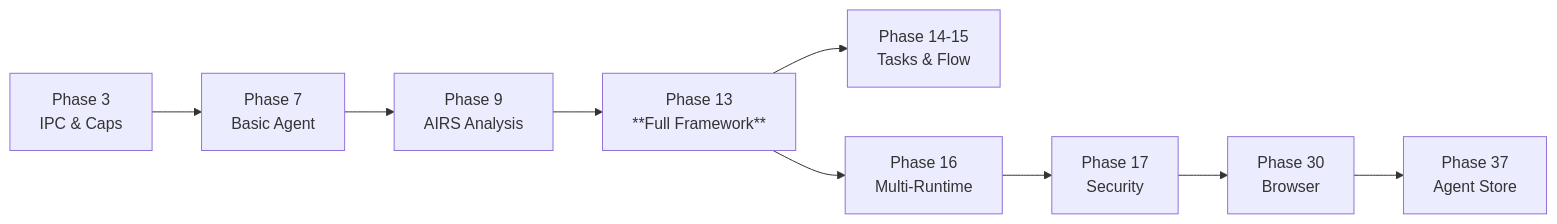
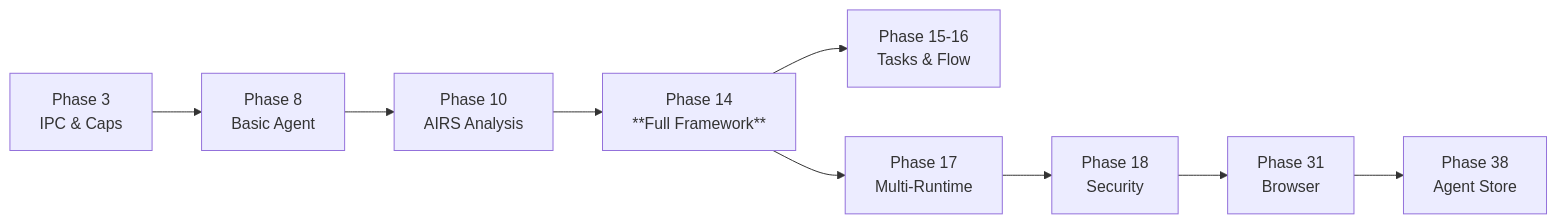
One commit to juslee/aios changed the second of 2 diagrams in docs/applications/agents.md. Above: the diagram before and after it, drawn with Mermaid. The commit also changed other lines of this file and 135 other files, not shown here.

First line of the commit message:
Renumber Phase 5→6 through Phase 46→47 across architecture docs

````diff
--- a/docs/applications/agents.md
+++ b/docs/applications/agents.md
@@ -175,20 +175,20 @@
 ```mermaid
 flowchart LR
     P3["Phase 3
-    IPC & Caps"] --> P7["Phase 7
+    IPC & Caps"] --> P7["Phase 8
     Basic Agent"]
-    P7 --> P9["Phase 9
+    P7 --> P9["Phase 10
     AIRS Analysis"]
-    P9 --> P13["Phase 13
+    P9 --> P13["Phase 14
     **Full Framework**"]
-    P13 --> P14["Phase 14-15
+    P13 --> P14["Phase 15-16
     Tasks & Flow"]
-    P13 --> P16["Phase 16
+    P13 --> P16["Phase 17
     Multi-Runtime"]
-    P16 --> P17["Phase 17
+    P16 --> P17["Phase 18
     Security"]
-    P17 --> P30["Phase 30
+    P17 --> P30["Phase 31
     Browser"]
-    P30 --> P37["Phase 37
+    P30 --> P37["Phase 38
     Agent Store"]
 ```
````
